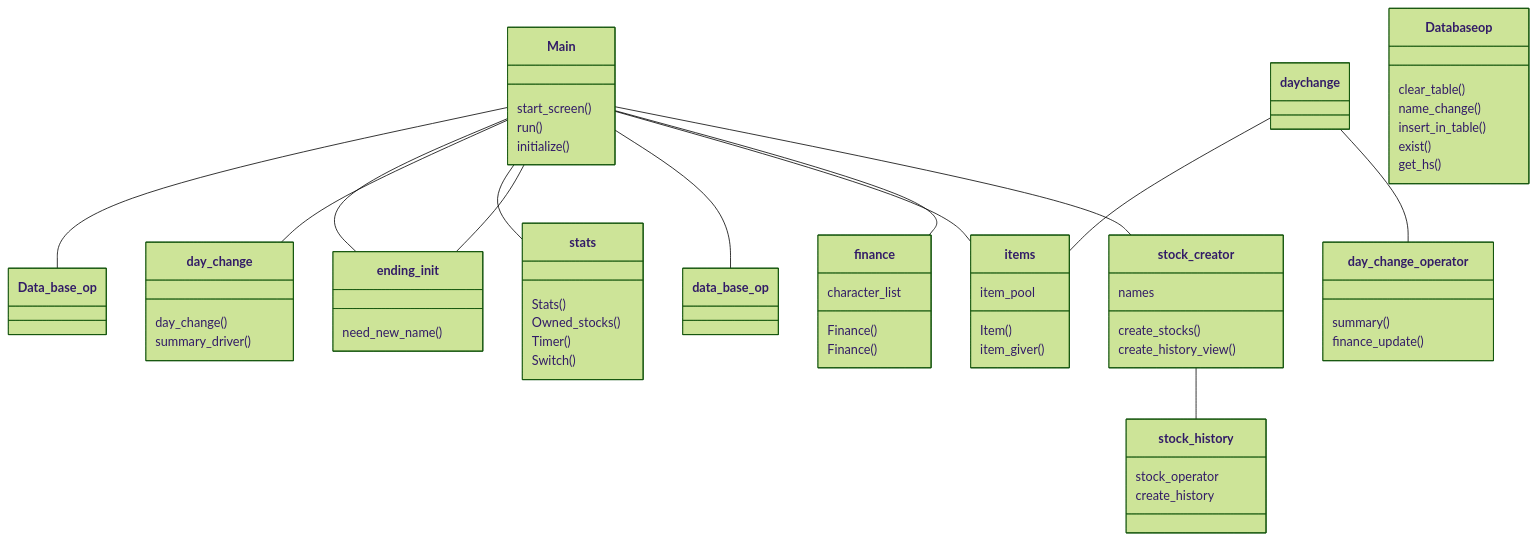
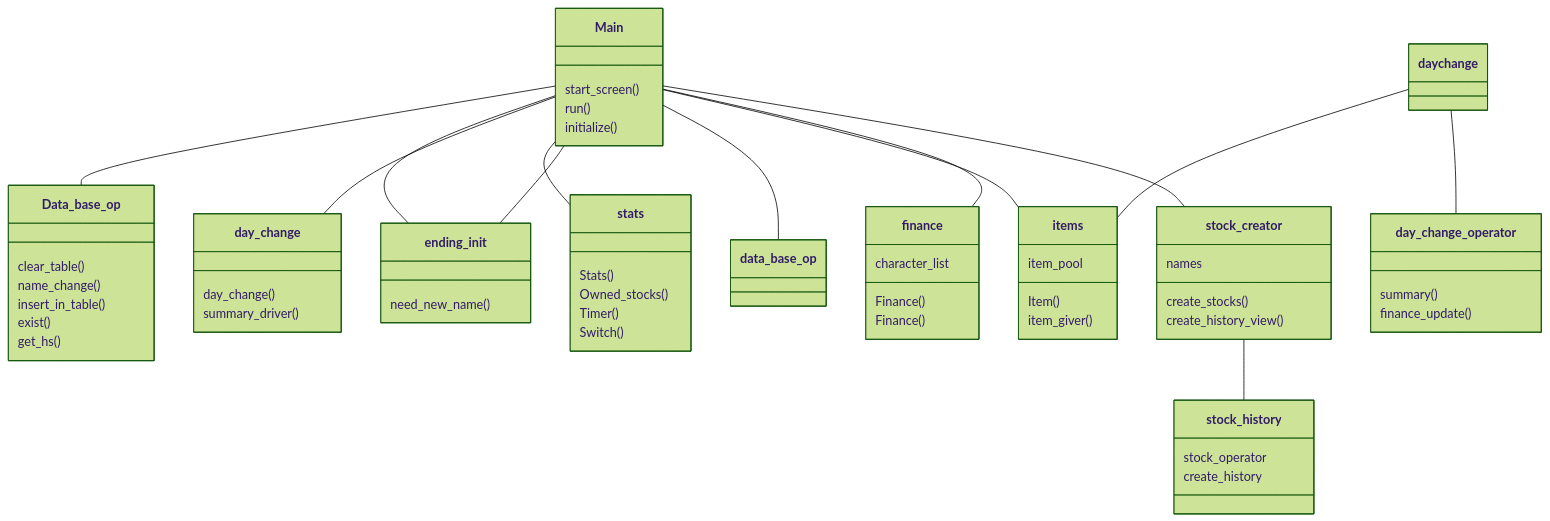
The second of 6 diagrams in dokumentaatio/arkkitehtuuri.md (sepaww/ot-harjoitustyo), drawn with Mermaid (forest theme) before and after one commit.

````diff
--- a/dokumentaatio/arkkitehtuuri.md
+++ b/dokumentaatio/arkkitehtuuri.md
@@ -103,73 +103,73 @@
  ```mermaid
  classDiagram
       Main -- stock_creator
        Main -- finance
         Main -- items
          Main -- data_base_op
          Main -- ending_init
          Main -- stats
          Main -- day_change
          Main -- ending_init
          Main -- Data_base_op
          daychange -- day_change_operator
          daychange -- items
       class Main{
           start_screen()
           run()
           initialize()
       }
       class items{
           Item()
           item_pool
           item_giver()
       }
       stock_creator -- stock_history
       class stock_creator{
           names
           create_stocks()
           create_history_view()
           
       }
       
       class stock_history{
           stock_operator
           create_history
           
       }
       
-      class Databaseop{
+      class Data_base_op{
           clear_table()
           name_change()
           insert_in_table()
           exist()
           get_hs()
           
       }
       
       class finance{
           Finance()
       }
       class stats{
       Stats()
       Owned_stocks()
       Timer()
       Switch()
           
       }
       class finance{
       character_list
       Finance()
       }
       class day_change{
       day_change()
       summary_driver()
       }
       class day_change_operator{
       summary()
       finance_update()
       }
       class ending_init{
       need_new_name()
       }
       
 ```
````
